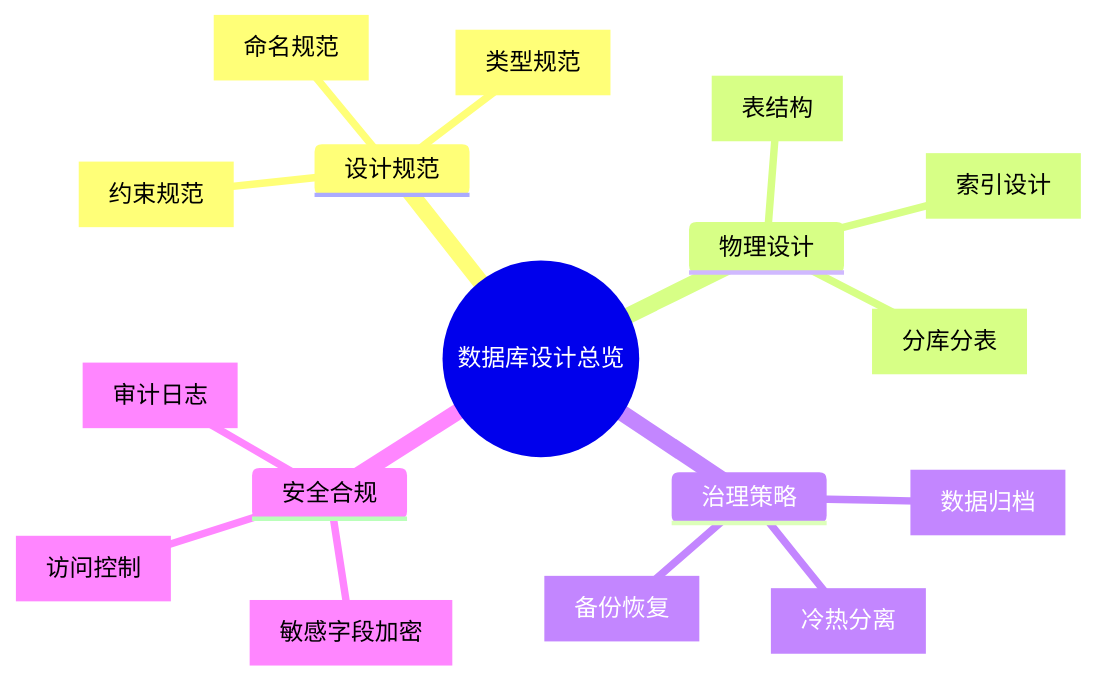
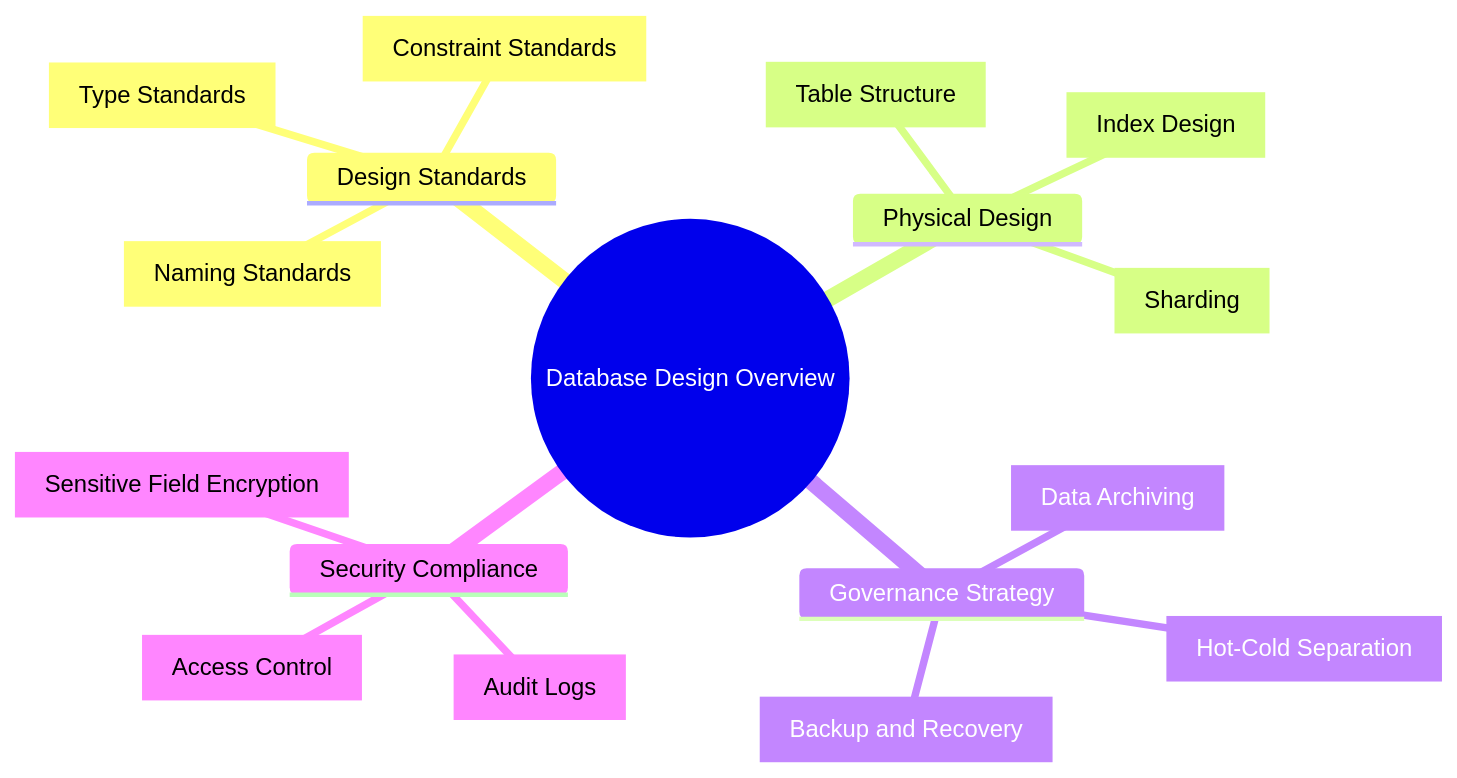
One commit to Kirky-X/cangjie changed the first of 11 diagrams in templates/产品/技术层/【模板】数据库设计文档规范.md. Above: the diagram before and after it, drawn with Mermaid. The commit also changed other lines of this file and 60 other files, not shown here.

````diff
--- a/templates/产品/技术层/【模板】数据库设计文档规范.md
+++ b/templates/产品/技术层/【模板】数据库设计文档规范.md
@@ -74,20 +74,20 @@
 ```mermaid
 mindmap
-  root((数据库设计总览))
-    设计规范
-      [命名规范]
-      [类型规范]
-      [约束规范]
-    物理设计
-      [表结构]
-      [索引设计]
-      [分库分表]
-    治理策略
-      [数据归档]
-      [冷热分离]
-      [备份恢复]
-    安全合规
-      [敏感字段加密]
-      [访问控制]
-      [审计日志]
+  root((Database Design Overview))
+    Design Standards
+      [Naming Standards]
+      [Type Standards]
+      [Constraint Standards]
+    Physical Design
+      [Table Structure]
+      [Index Design]
+      [Sharding]
+    Governance Strategy
+      [Data Archiving]
+      [Hot-Cold Separation]
+      [Backup and Recovery]
+    Security Compliance
+      [Sensitive Field Encryption]
+      [Access Control]
+      [Audit Logs]
 ```
````
